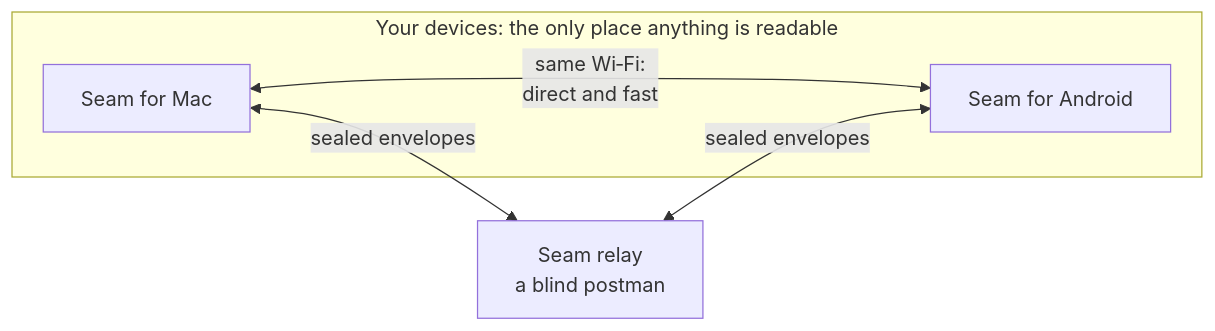
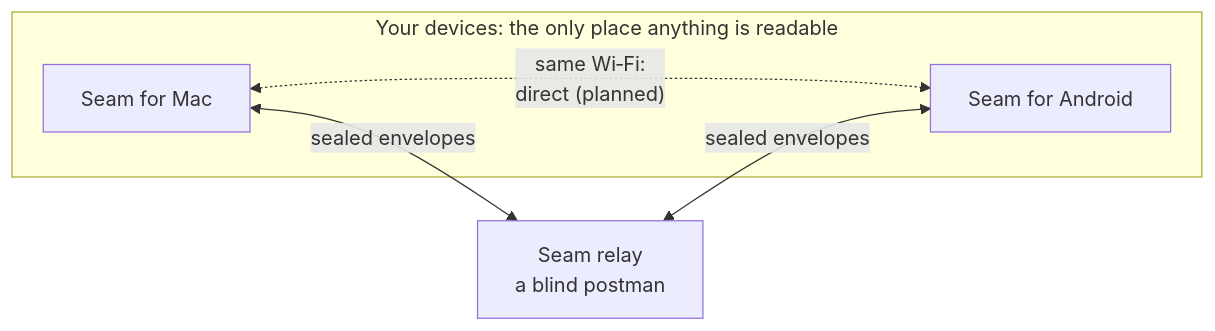
Before and after one commit to aveterosystems/seam: the first of 2 diagrams in README.md, drawn with Mermaid. The commit also changed other lines of this file and 5 other files, not shown here.

````diff
--- a/README.md
+++ b/README.md
@@ -40,11 +49,11 @@
 ```mermaid
 flowchart LR
     subgraph You["Your devices: the only place anything is readable"]
         Mac["Seam for Mac"]
         Phone["Seam for Android"]
-        Mac <-- "same Wi‑Fi:<br/>direct and fast" --> Phone
+        Mac <-. "same Wi‑Fi:<br/>direct (planned)" .-> Phone
     end
     Relay["Seam relay<br/>a blind postman"]
     Mac <-- "sealed envelopes" --> Relay
     Relay <-- "sealed envelopes" --> Phone
 ```
````
